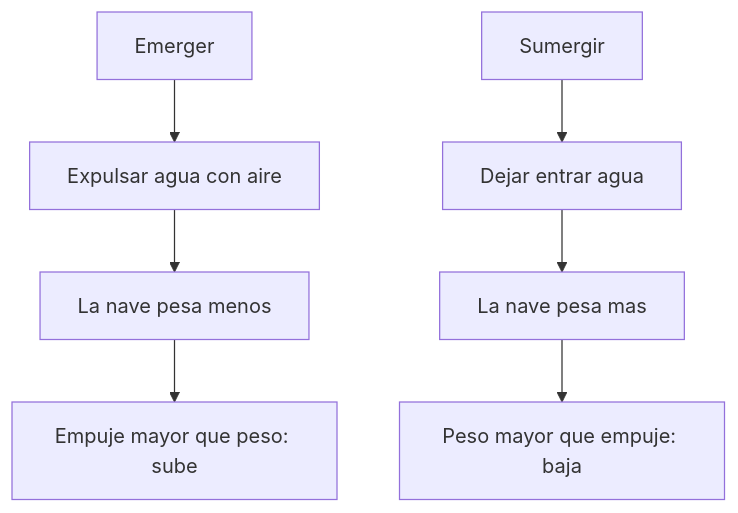
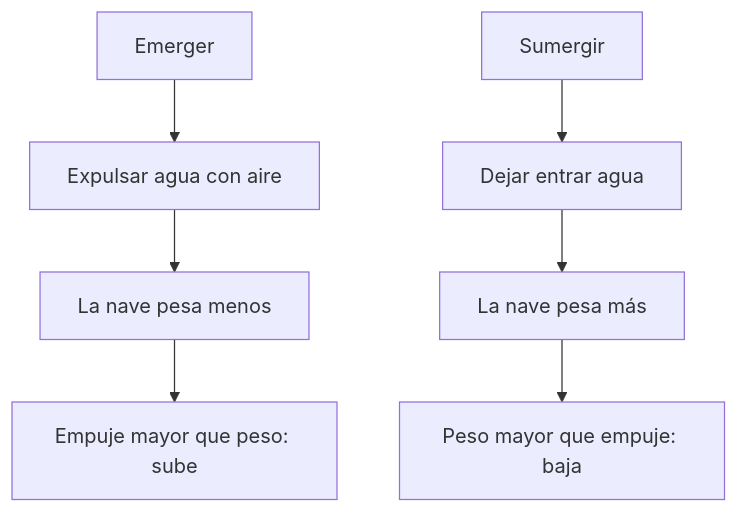
One commit to vladimiracunadev-create/machine-operator-program changed the second of 2 diagrams in vehiculos-fantasticos/nautilus/operacion/sistemas-mecanicos-nautilus.md. Above: the diagram before and after it, drawn with Mermaid. The commit also changed other lines of this file and 442 other files, not shown here.

````diff
--- a/vehiculos-fantasticos/nautilus/operacion/sistemas-mecanicos-nautilus.md
+++ b/vehiculos-fantasticos/nautilus/operacion/sistemas-mecanicos-nautilus.md
@@ -50,9 +50,9 @@
 ```mermaid
 flowchart TD
     Emerger[Emerger] --> Vaciar[Expulsar agua con aire]
     Vaciar --> Ligero[La nave pesa menos]
     Ligero --> Sube[Empuje mayor que peso: sube]
     Sumergir[Sumergir] --> Llenar[Dejar entrar agua]
-    Llenar --> Pesada[La nave pesa mas]
+    Llenar --> Pesada[La nave pesa más]
     Pesada --> Baja[Peso mayor que empuje: baja]
 ```
````
